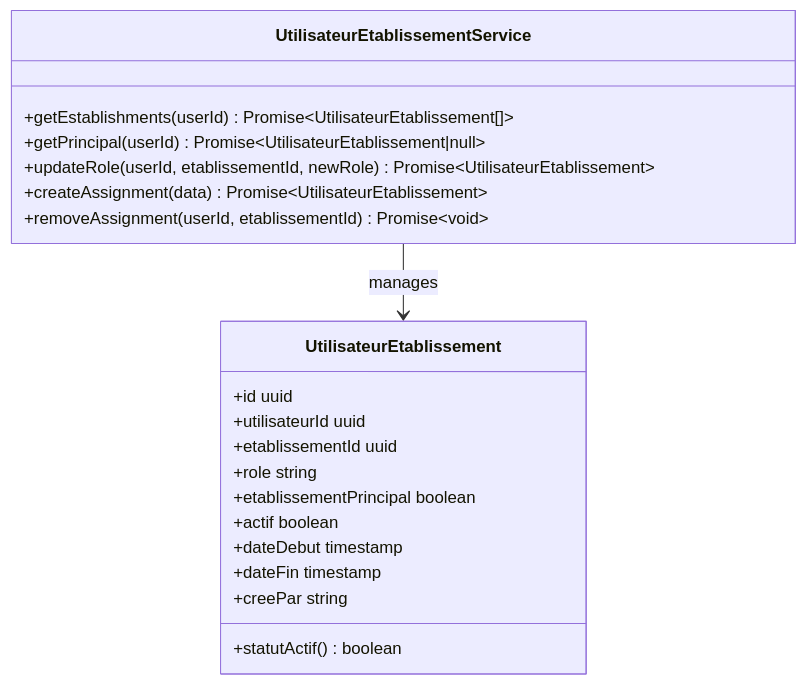
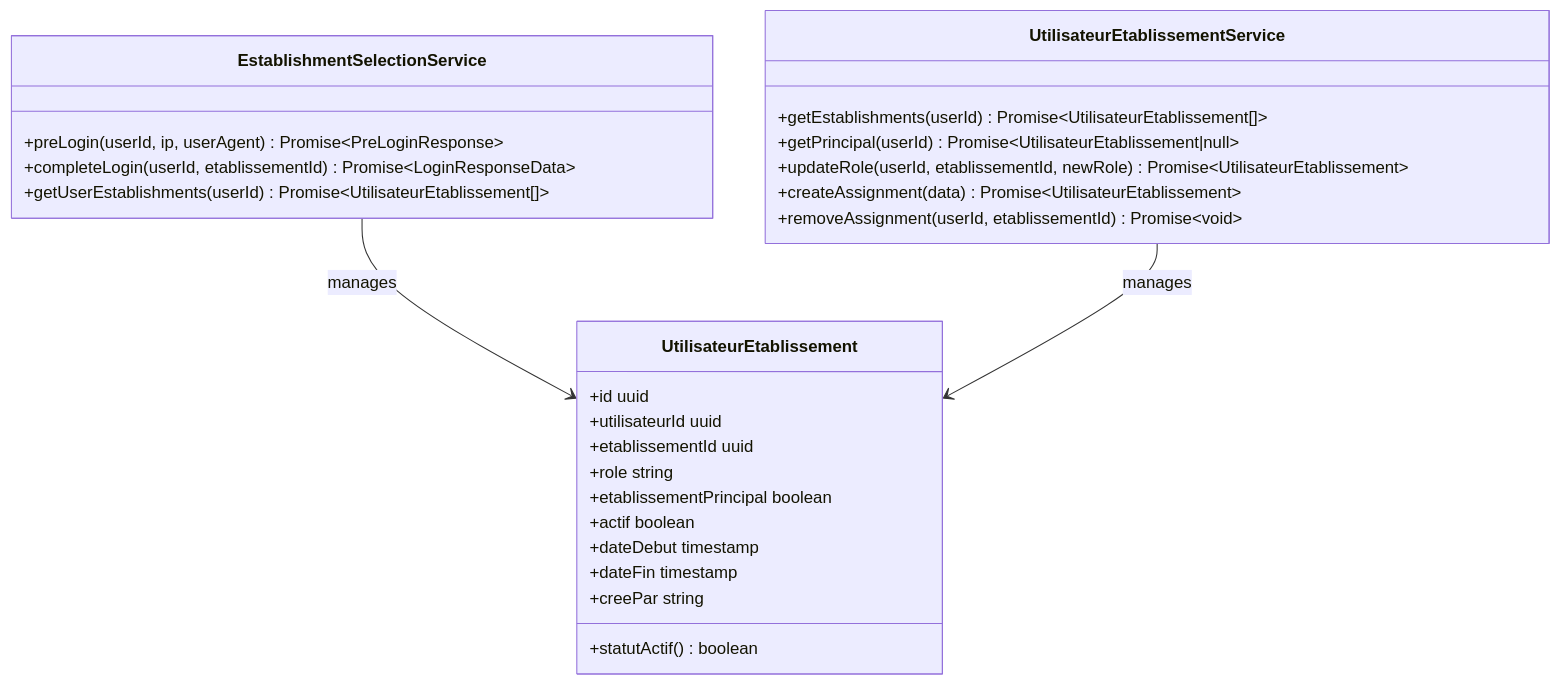
One commit to franckylab/eLISAschool changed the ninth of 13 diagrams in .qoder/repowiki/en/content/Authentication & Authorization/Authentication Flow.md. Above: the diagram before and after it, drawn with Mermaid. The commit also changed other lines of this file and 281 other files, not shown here.

````diff
--- a/.qoder/repowiki/en/content/Authentication & Authorization/Authentication Flow.md
+++ b/.qoder/repowiki/en/content/Authentication & Authorization/Authentication Flow.md
@@ -608,23 +875,29 @@
 ```mermaid
 classDiagram
+class EstablishmentSelectionService {
++preLogin(userId, ip, userAgent) Promise~PreLoginResponse~
++completeLogin(userId, etablissementId) Promise~LoginResponseData~
++getUserEstablishments(userId) Promise~UtilisateurEtablissement[]~
+}
 class UtilisateurEtablissementService {
 +getEstablishments(userId) Promise~UtilisateurEtablissement[]~
 +getPrincipal(userId) Promise~UtilisateurEtablissement|null~
 +updateRole(userId, etablissementId, newRole) Promise~UtilisateurEtablissement~
 +createAssignment(data) Promise~UtilisateurEtablissement~
 +removeAssignment(userId, etablissementId) Promise~void~
 }
 class UtilisateurEtablissement {
 +id uuid
 +utilisateurId uuid
 +etablissementId uuid
 +role string
 +etablissementPrincipal boolean
 +actif boolean
 +dateDebut timestamp
 +dateFin timestamp
 +creePar string
 +statutActif() boolean
 }
+EstablishmentSelectionService --> UtilisateurEtablissement : manages
 UtilisateurEtablissementService --> UtilisateurEtablissement : manages
 ```
````
